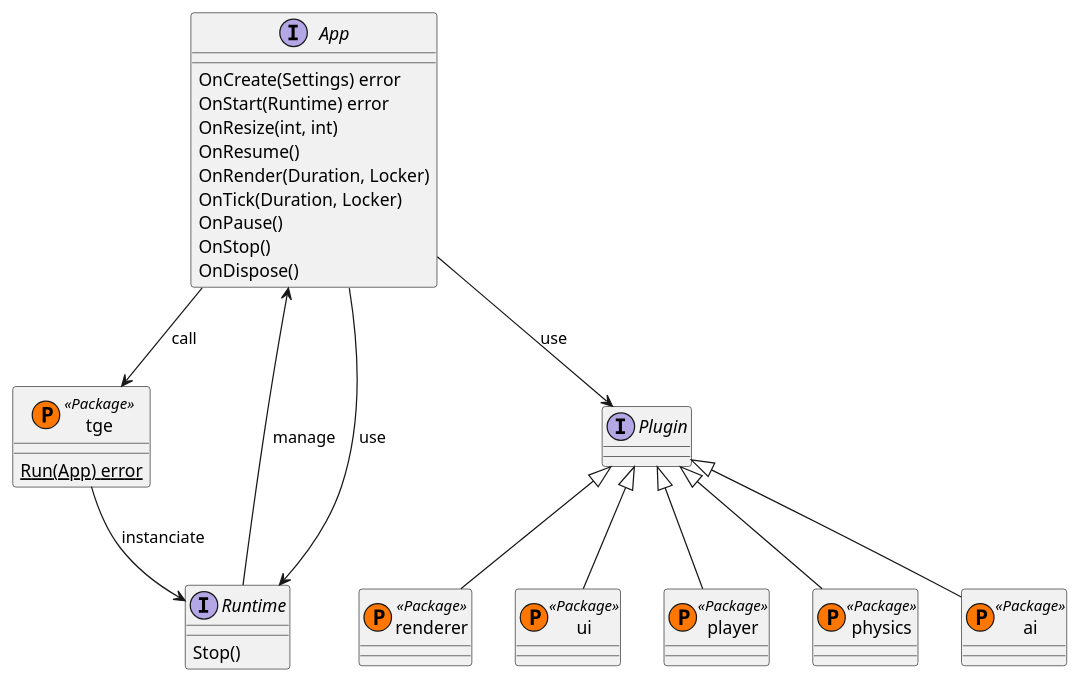
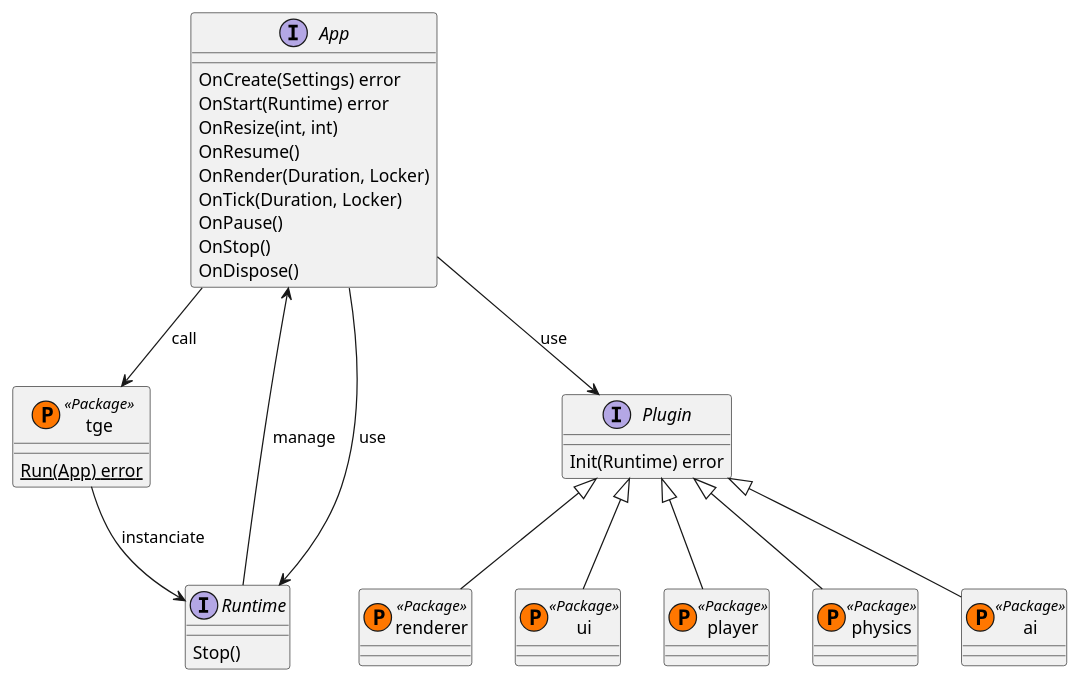
Before and after one commit to Thommil/tge: the diagram in specs/api.puml, drawn with PlantUML. The commit also changed 7 other files, not shown here.

```diff
--- a/specs/api.puml
+++ b/specs/api.puml
@@ -2,51 +2,52 @@
 @startuml API
 ' Components
 interface App {
     OnCreate(Settings) error
     OnStart(Runtime) error
     OnResize(int, int)
     OnResume()
     OnRender(Duration, Locker)
     OnTick(Duration, Locker)
     OnPause()
     OnStop()
     OnDispose()
 }
 
 class tge << (P,#FF7700) Package >> {
     {static} Run(App) error
 }
 
 interface Runtime {
     Stop()
 }
 
 interface Plugin{
+    Init(Runtime) error
 }
 
 class renderer << (P,#FF7700) Package >> {
 }
 class ui << (P,#FF7700) Package >> {
 }
 class player << (P,#FF7700) Package >> {
 }
 class physics << (P,#FF7700) Package >> {
 }
 class ai << (P,#FF7700) Package >> {
 }
 
 ' Relations
 App --> tge : call
 tge --> Runtime : instanciate
 App <-- Runtime : manage
 App --> Runtime : use
 App --> Plugin : use
 
 Plugin <|-- renderer
 Plugin <|-- player
 Plugin <|-- ui
 Plugin <|-- physics
 Plugin <|-- ai
 
 
 @enduml
```
